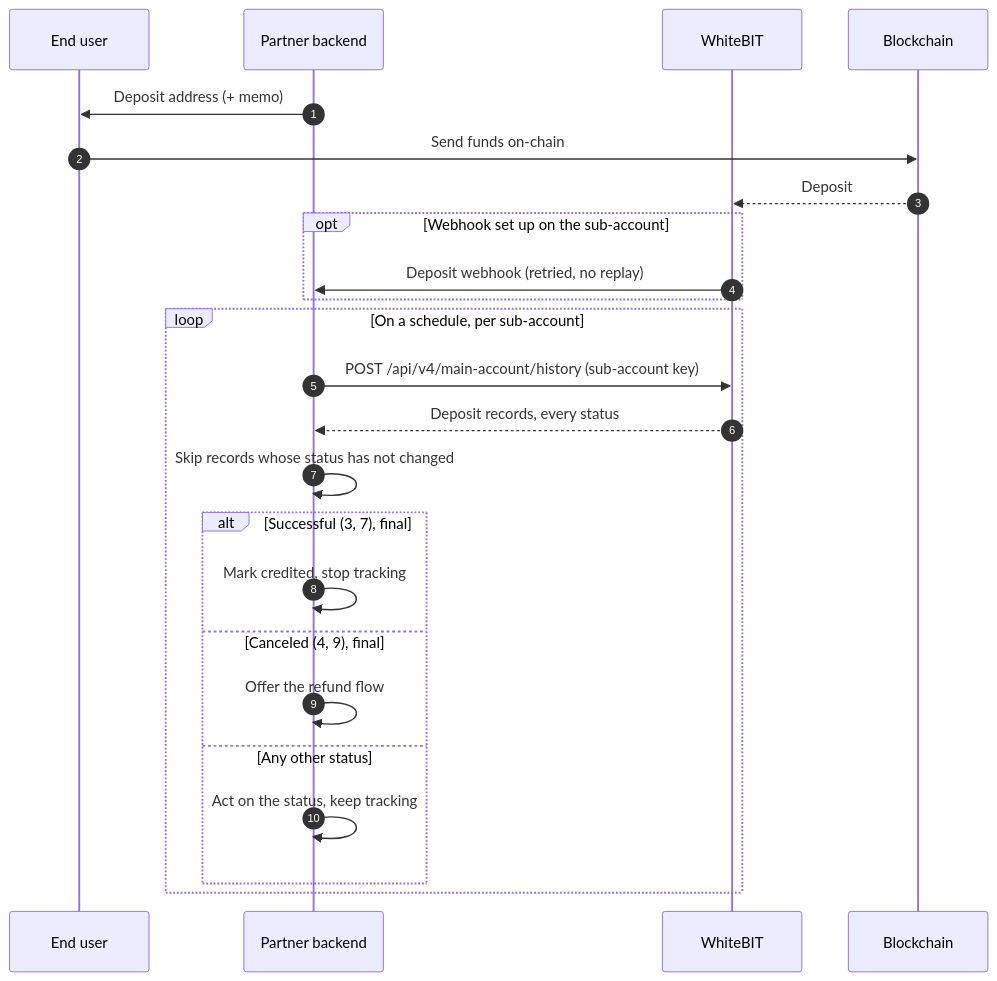
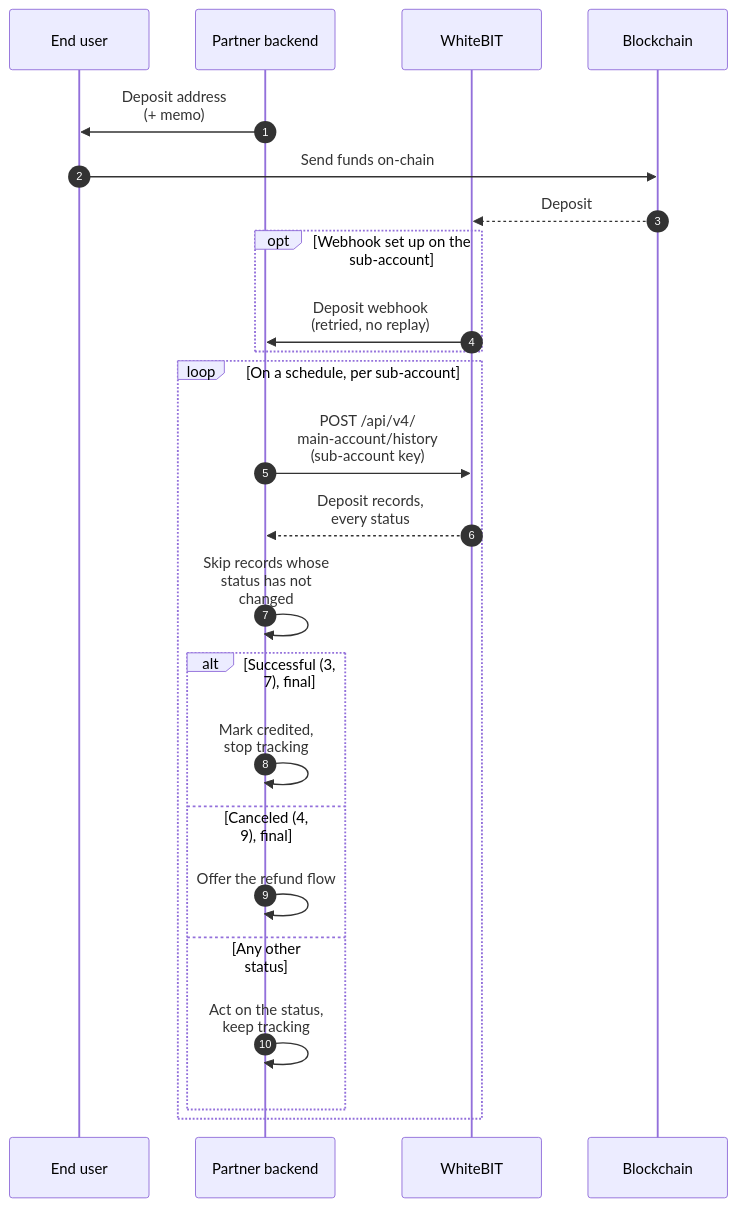
Before and after one commit to whitebit-exchange/docs: the second of 5 diagrams in guides/waas-integration.mdx, drawn with Mermaid. The commit also changed 4 other files, not shown here.

Commit message:
fix(guide): narrow the branch diagrams to a readable label size

````diff
--- a/guides/waas-integration.mdx
+++ b/guides/waas-integration.mdx
@@ -124,27 +124,27 @@
 ```mermaid
 sequenceDiagram
     autonumber
     participant U as End user
     participant P as Partner backend
     participant W as WhiteBIT
     participant B as Blockchain
 
-    P->>U: Deposit address (+ memo)
+    P->>U: Deposit address<br/>(+ memo)
     U->>B: Send funds on-chain
     B-->>W: Deposit
     opt Webhook set up on the sub-account
-        W->>P: Deposit webhook (retried, no replay)
+        W->>P: Deposit webhook<br/>(retried, no replay)
     end
     loop On a schedule, per sub-account
-        P->>W: POST /api/v4/main-account/history (sub-account key)
-        W-->>P: Deposit records, every status
-        P->>P: Skip records whose status has not changed
+        P->>W: POST /api/v4/<br/>main-account/history<br/>(sub-account key)
+        W-->>P: Deposit records,<br/>every status
+        P->>P: Skip records whose<br/>status has not<br/>changed
         alt Successful (3, 7), final
-            P->>P: Mark credited, stop tracking
+            P->>P: Mark credited,<br/>stop tracking
         else Canceled (4, 9), final
             P->>P: Offer the refund flow
         else Any other status
-            P->>P: Act on the status, keep tracking
+            P->>P: Act on the status,<br/>keep tracking
         end
     end
 ```
````
